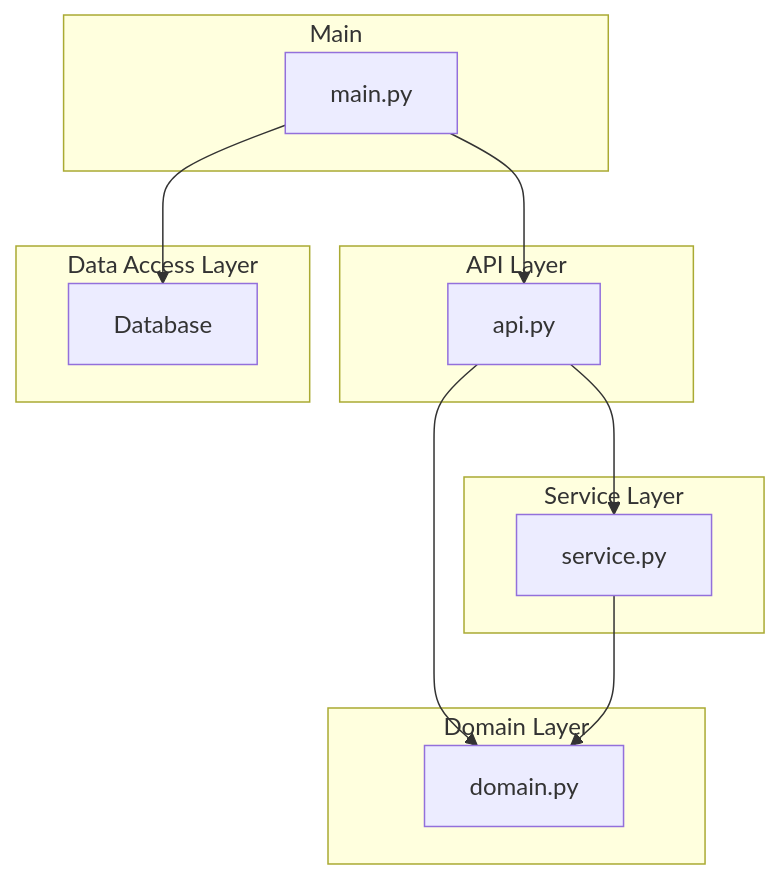
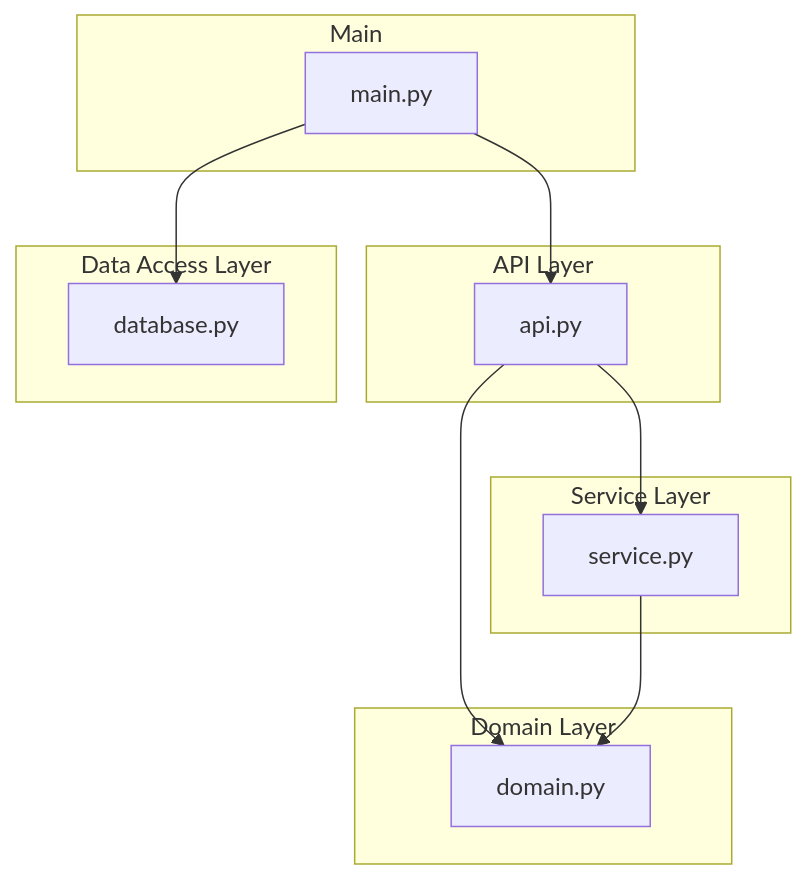
Before and after one commit to Sungchul-P/learn-fastapi: the diagram in README.md, drawn with Mermaid. The commit also changed 8 other files, not shown here.

````diff
--- a/README.md
+++ b/README.md
@@ -27,23 +27,23 @@
 ```mermaid
 graph TB
     subgraph Main
         MAIN[main.py]
     end
     subgraph API Layer
         API[api.py]
     end
     subgraph Service Layer
         SVC[service.py]
     end
     subgraph Domain Layer
         ENT[domain.py]
     end
     subgraph Data Access Layer
-        DB[Database]
+        DB[database.py]
     end
     MAIN --> API
     MAIN --> DB
     API --> SVC
     API --> ENT
     SVC --> ENT
 ```
````
